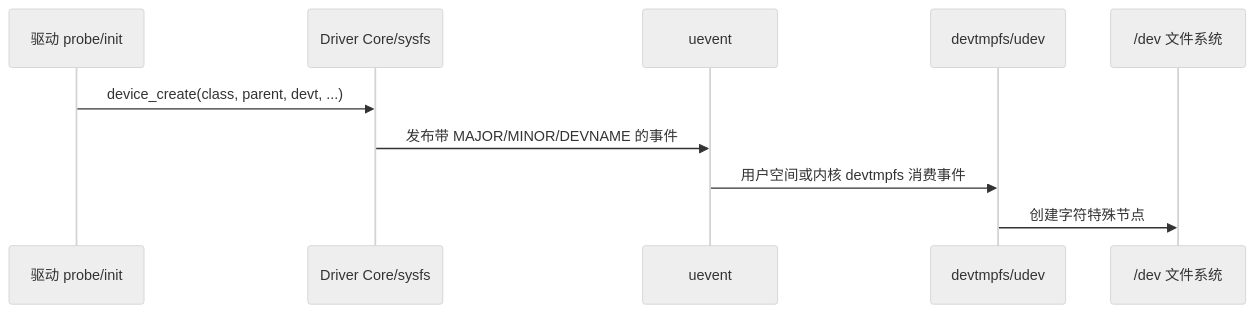
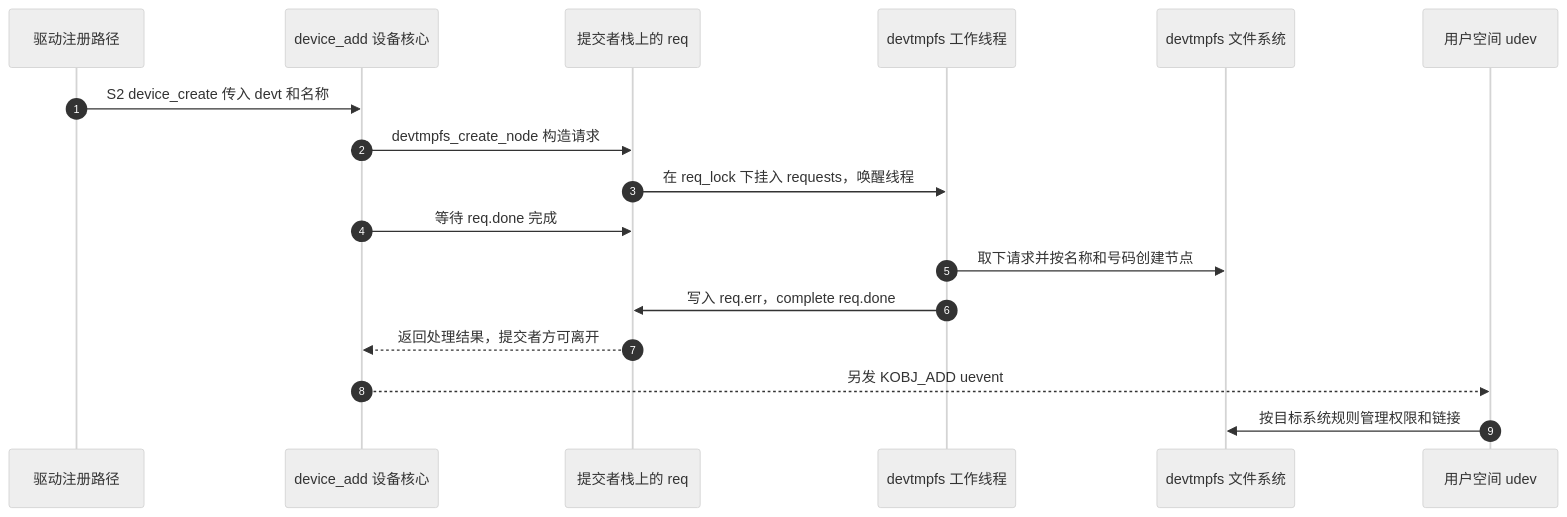
The second of 2 diagrams in knowledge/driver_model/character_device/P02_设备号_注册与设备节点.md (FormingSystem/linux_note), drawn with Mermaid (neutral theme) before and after one commit. The commit also changed other lines of this file and 151 other files, not shown here.

````diff
--- a/knowledge/driver_model/character_device/P02_设备号_注册与设备节点.md
+++ b/knowledge/driver_model/character_device/P02_设备号_注册与设备节点.md
@@ -84,13 +80,19 @@
 ```mermaid
 sequenceDiagram
-    participant D as 驱动 probe/init
-    participant M as Driver Core/sysfs
-    participant U as uevent
-    participant N as devtmpfs/udev
-    participant F as /dev 文件系统
-
-    D->>M: device_create(class, parent, devt, ...)
-    M->>U: 发布带 MAJOR/MINOR/DEVNAME 的事件
-    U->>N: 用户空间或内核 devtmpfs 消费事件
-    N->>F: 创建字符特殊节点
+    autonumber
+    participant D as 驱动注册路径
+    participant C as device_add 设备核心
+    participant R as 提交者栈上的 req
+    participant T as devtmpfs 工作线程
+    participant F as devtmpfs 文件系统
+    participant U as 用户空间 udev
+    D->>C: S2 device_create 传入 devt 和名称
+    C->>R: devtmpfs_create_node 构造请求
+    R->>T: 在 req_lock 下挂入 requests，唤醒线程
+    C->>R: 等待 req.done 完成
+    T->>F: 取下请求并按名称和号码创建节点
+    T->>R: 写入 req.err，complete req.done
+    R-->>C: 返回处理结果，提交者方可离开
+    C-->>U: 另发 KOBJ_ADD uevent
+    U->>F: 按目标系统规则管理权限和链接
 ```
````
